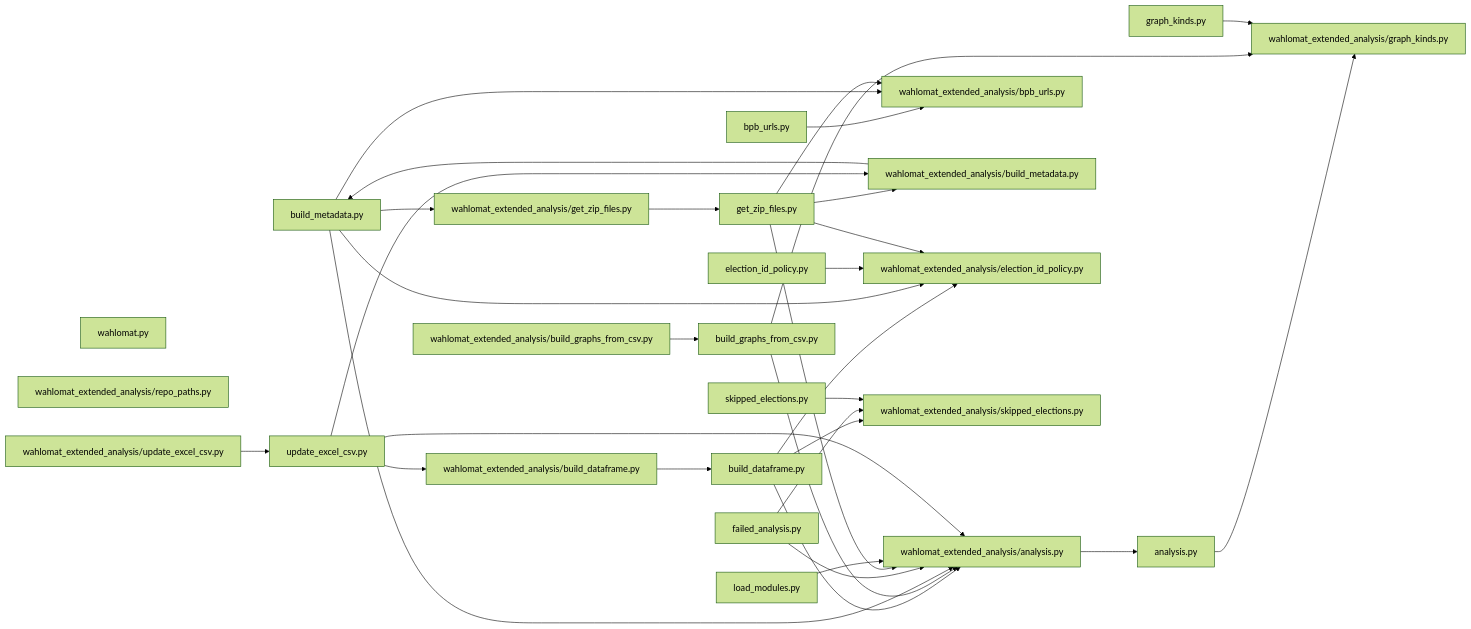
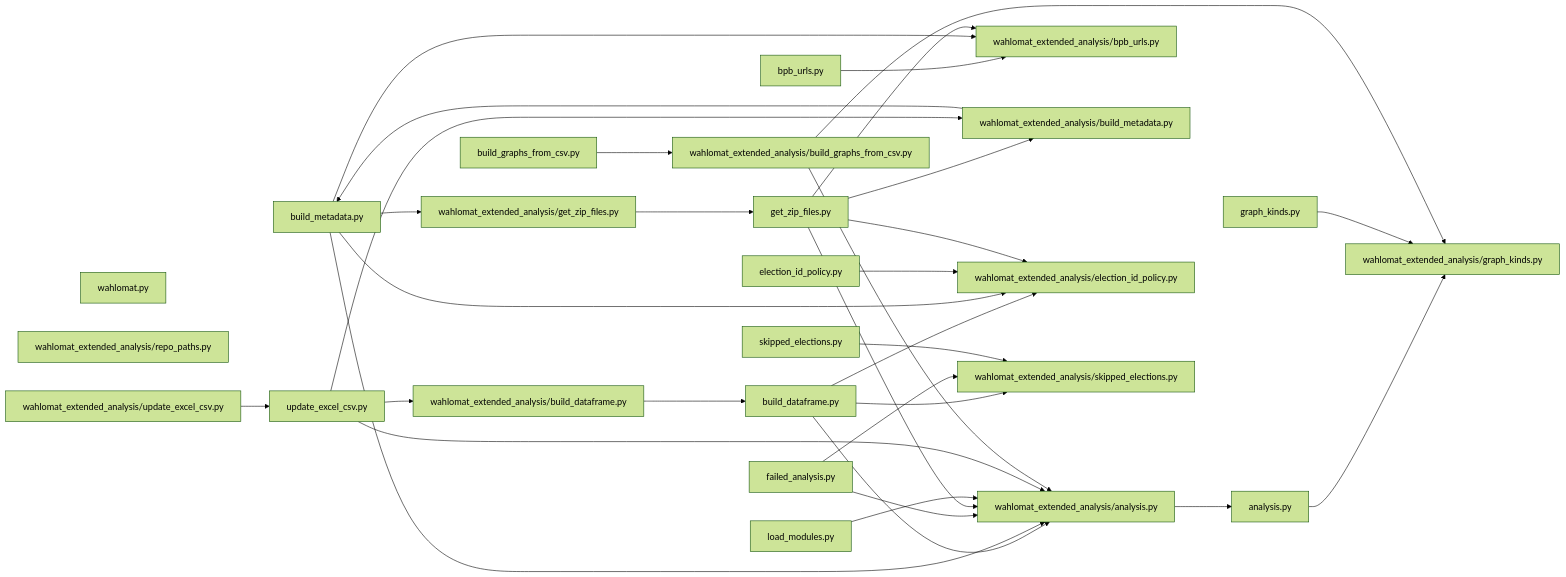
The second of 2 diagrams in docs/ARCHITECTURE.md (skbormann/wahlomat-extended-analysis), drawn with Mermaid (forest theme) before and after one commit. The commit also changed 2 other files, not shown here.

Commit message:
Move build_graphs_from_csv into package.
Keep the root build_graphs_from_csv.py as a thin wrapper so existing imports and CLI usage continue to work, and update the generated architecture graph accordingly.

Made-with: Cursor

````diff
--- a/docs/ARCHITECTURE.md
+++ b/docs/ARCHITECTURE.md
@@ -57,57 +57,57 @@
 ```mermaid
 flowchart LR
   m_analysis["analysis.py"]
   m_bpb_urls["bpb_urls.py"]
   m_build_dataframe["build_dataframe.py"]
   m_build_graphs_from_csv["build_graphs_from_csv.py"]
   m_build_metadata["build_metadata.py"]
   m_election_id_policy["election_id_policy.py"]
   m_failed_analysis["failed_analysis.py"]
   m_get_zip_files["get_zip_files.py"]
   m_graph_kinds["graph_kinds.py"]
   m_load_modules["load_modules.py"]
   m_skipped_elections["skipped_elections.py"]
   m_update_excel_csv["update_excel_csv.py"]
   m_wahlomat["wahlomat.py"]
   m_wahlomat_extended_analysis_analysis["wahlomat_extended_analysis/analysis.py"]
   m_wahlomat_extended_analysis_bpb_urls["wahlomat_extended_analysis/bpb_urls.py"]
   m_wahlomat_extended_analysis_build_dataframe["wahlomat_extended_analysis/build_dataframe.py"]
   m_wahlomat_extended_analysis_build_graphs_from_csv["wahlomat_extended_analysis/build_graphs_from_csv.py"]
   m_wahlomat_extended_analysis_build_metadata["wahlomat_extended_analysis/build_metadata.py"]
   m_wahlomat_extended_analysis_election_id_policy["wahlomat_extended_analysis/election_id_policy.py"]
   m_wahlomat_extended_analysis_get_zip_files["wahlomat_extended_analysis/get_zip_files.py"]
   m_wahlomat_extended_analysis_graph_kinds["wahlomat_extended_analysis/graph_kinds.py"]
   m_wahlomat_extended_analysis_repo_paths["wahlomat_extended_analysis/repo_paths.py"]
   m_wahlomat_extended_analysis_skipped_elections["wahlomat_extended_analysis/skipped_elections.py"]
   m_wahlomat_extended_analysis_update_excel_csv["wahlomat_extended_analysis/update_excel_csv.py"]
   m_analysis --> m_wahlomat_extended_analysis_graph_kinds
   m_bpb_urls --> m_wahlomat_extended_analysis_bpb_urls
   m_build_dataframe --> m_wahlomat_extended_analysis_analysis
   m_build_dataframe --> m_wahlomat_extended_analysis_election_id_policy
   m_build_dataframe --> m_wahlomat_extended_analysis_skipped_elections
-  m_build_graphs_from_csv --> m_wahlomat_extended_analysis_analysis
-  m_build_graphs_from_csv --> m_wahlomat_extended_analysis_graph_kinds
+  m_build_graphs_from_csv --> m_wahlomat_extended_analysis_build_graphs_from_csv
   m_build_metadata --> m_wahlomat_extended_analysis_analysis
   m_build_metadata --> m_wahlomat_extended_analysis_bpb_urls
   m_build_metadata --> m_wahlomat_extended_analysis_election_id_policy
   m_build_metadata --> m_wahlomat_extended_analysis_get_zip_files
   m_election_id_policy --> m_wahlomat_extended_analysis_election_id_policy
   m_failed_analysis --> m_wahlomat_extended_analysis_analysis
   m_failed_analysis --> m_wahlomat_extended_analysis_skipped_elections
   m_get_zip_files --> m_wahlomat_extended_analysis_analysis
   m_get_zip_files --> m_wahlomat_extended_analysis_bpb_urls
   m_get_zip_files --> m_wahlomat_extended_analysis_build_metadata
   m_get_zip_files --> m_wahlomat_extended_analysis_election_id_policy
   m_graph_kinds --> m_wahlomat_extended_analysis_graph_kinds
   m_load_modules --> m_wahlomat_extended_analysis_analysis
   m_skipped_elections --> m_wahlomat_extended_analysis_skipped_elections
   m_update_excel_csv --> m_wahlomat_extended_analysis_analysis
   m_update_excel_csv --> m_wahlomat_extended_analysis_build_dataframe
   m_update_excel_csv --> m_wahlomat_extended_analysis_build_metadata
   m_wahlomat_extended_analysis_analysis --> m_analysis
   m_wahlomat_extended_analysis_build_dataframe --> m_build_dataframe
-  m_wahlomat_extended_analysis_build_graphs_from_csv --> m_build_graphs_from_csv
+  m_wahlomat_extended_analysis_build_graphs_from_csv --> m_wahlomat_extended_analysis_analysis
+  m_wahlomat_extended_analysis_build_graphs_from_csv --> m_wahlomat_extended_analysis_graph_kinds
   m_wahlomat_extended_analysis_build_metadata --> m_build_metadata
   m_wahlomat_extended_analysis_get_zip_files --> m_get_zip_files
   m_wahlomat_extended_analysis_update_excel_csv --> m_update_excel_csv
 ```
````
